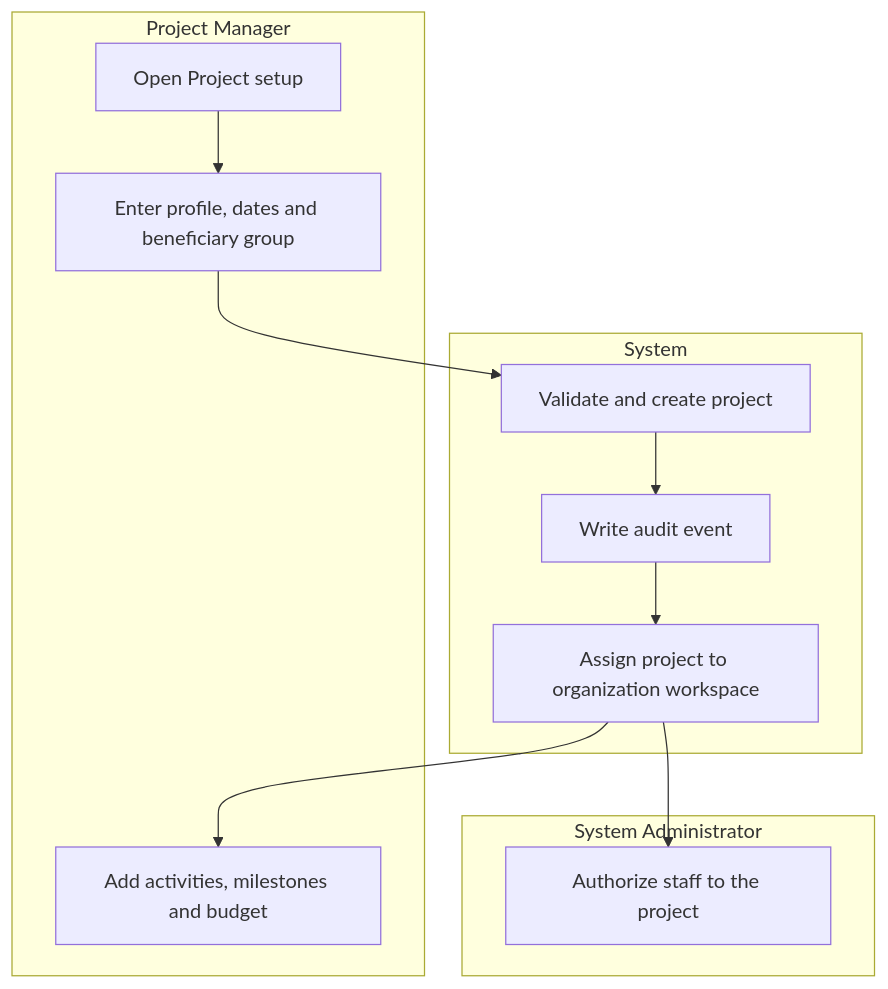
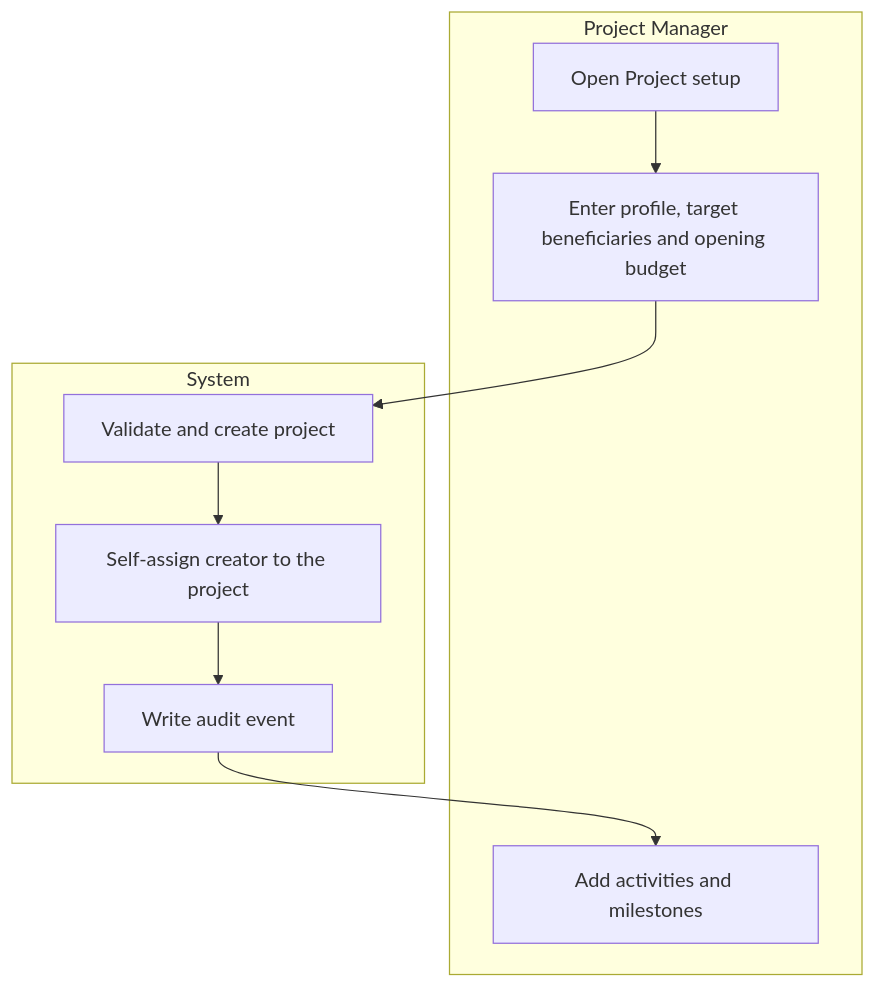
Diagram 24 of 31 in docs/prd-pathways.md (ceezey/PATHWAYS), drawn with Mermaid before and after one commit. The commit also changed other lines of this file, not shown here.

Commit message:
docs(prd): fix screen inventory role cell and project setup flow

````diff
--- a/docs/prd-pathways.md
+++ b/docs/prd-pathways.md
@@ -1635,17 +1635,13 @@
 ```mermaid
 flowchart TD
   subgraph PM[Project Manager]
-    A1[Open Project setup] --> A2[Enter profile, dates and beneficiary group]
-    A4[Add activities, milestones and budget]
+    A1[Open Project setup] --> A2[Enter profile, target beneficiaries and opening budget]
+    A4[Add activities and milestones]
   end
   subgraph SY[System]
-    B1[Validate and create project] --> B2[Write audit event]
-    B2 --> B3[Assign project to organization workspace]
-  end
-  subgraph SA[System Administrator]
-    C1[Authorize staff to the project]
+    B1[Validate and create project] --> B2[Self-assign creator to the project]
+    B2 --> B3[Write audit event]
   end
   A2 --> B1
   B3 --> A4
-  B3 --> C1
 ```
````
